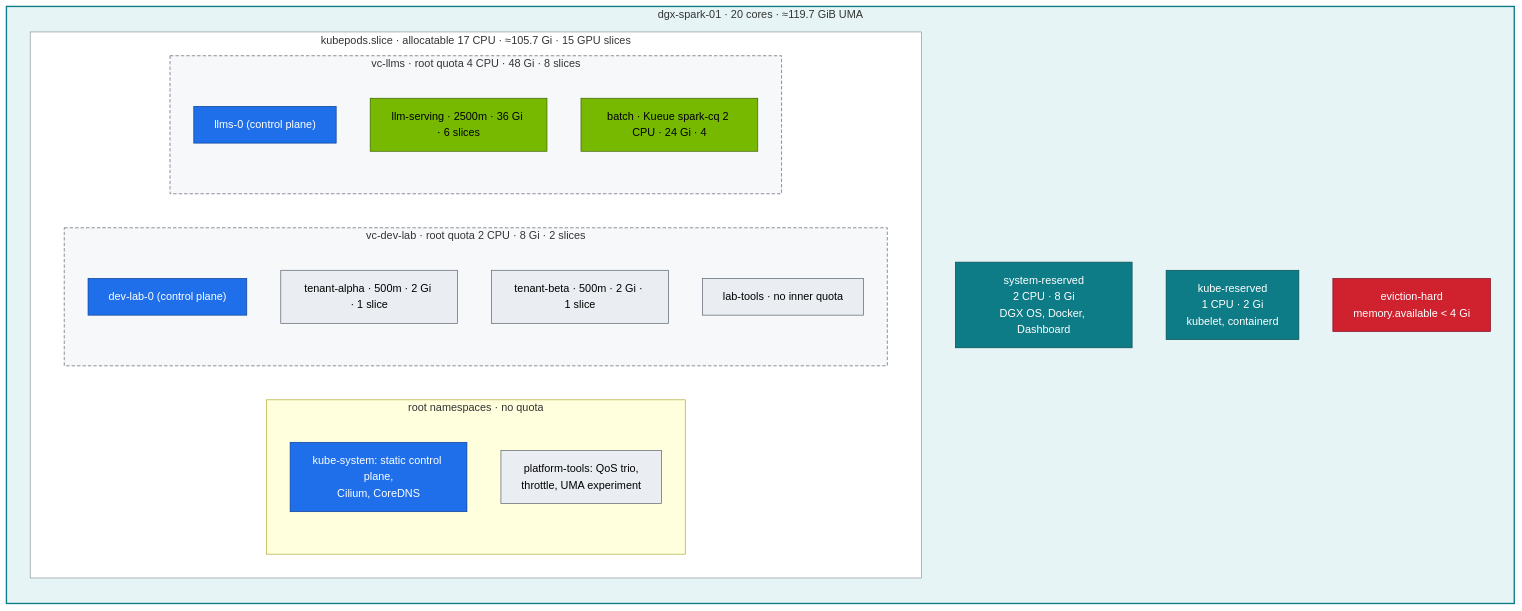
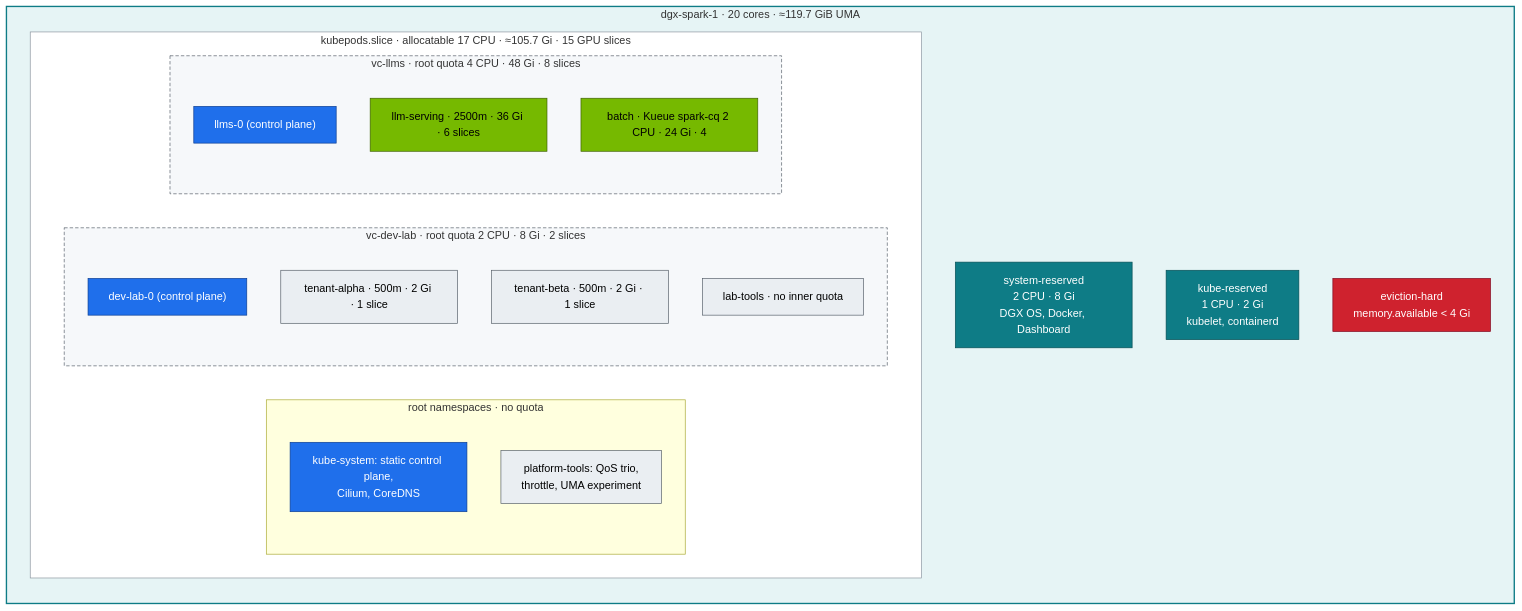
The diagram in 02 Kubernetes/12-multi-tenancy-resource-quotas-and-cgroups.md (cloudone365/technical-depth), drawn with Mermaid before and after one commit. The commit also changed other lines of this file and 91 other files, not shown here.

First line of the commit message:
Rename the Spark hosts to dgx-spark-1 / dgx-spark-2

````diff
--- a/02 Kubernetes/12-multi-tenancy-resource-quotas-and-cgroups.md
+++ b/02 Kubernetes/12-multi-tenancy-resource-quotas-and-cgroups.md
@@ -33,43 +33,43 @@
 ```mermaid
 flowchart TB
-  subgraph NODE["dgx-spark-01 · 20 cores · ≈119.7 GiB UMA"]
+  subgraph NODE["dgx-spark-1 · 20 cores · ≈119.7 GiB UMA"]
     direction TB
     SR["system-reserved<br/>2 CPU · 8 Gi<br/>DGX OS, Docker, Dashboard"]
     KR["kube-reserved<br/>1 CPU · 2 Gi<br/>kubelet, containerd"]
     EV["eviction-hard<br/>memory.available &lt; 4 Gi"]
     subgraph KP["kubepods.slice · allocatable 17 CPU · ≈105.7 Gi · 15 GPU slices"]
       direction LR
       subgraph RT["root namespaces · no quota"]
         CPL["kube-system: static control plane,<br/>Cilium, CoreDNS"]
         PT["platform-tools: QoS trio,<br/>throttle, UMA experiment"]
       end
       subgraph VD["vc-dev-lab · root quota 2 CPU · 8 Gi · 2 slices"]
         direction TB
         DCP["dev-lab-0 (control plane)"]
         TA["tenant-alpha · 500m · 2 Gi · 1 slice"]
         TB["tenant-beta · 500m · 2 Gi · 1 slice"]
         LT["lab-tools · no inner quota"]
       end
       subgraph VL["vc-llms · root quota 4 CPU · 48 Gi · 8 slices"]
         direction TB
         LCP["llms-0 (control plane)"]
         LS["llm-serving · 2500m · 36 Gi · 6 slices"]
         BQ["batch · Kueue spark-cq 2 CPU · 24 Gi · 4"]
       end
     end
   end
   classDef sec fill:#cf222e,stroke:#82071e,color:#fff
   classDef node fill:#0e7c86,stroke:#064e54,color:#fff
   classDef ctrl fill:#1f6feb,stroke:#0b3d91,color:#fff
   classDef gpu fill:#76b900,stroke:#3d6000,color:#000
   classDef tenant fill:#eaeef2,stroke:#57606a,color:#000
   class SR,KR node
   class EV sec
   class CPL,DCP,LCP ctrl
   class LS,BQ gpu
   class TA,TB,LT,PT tenant
   style NODE fill:#e6f4f5,stroke:#0e7c86,stroke-width:2px
   style KP fill:#ffffff,stroke:#8c959f
   style VD fill:#f6f8fa,stroke:#57606a,stroke-dasharray:5 3
   style VL fill:#f6f8fa,stroke:#57606a,stroke-dasharray:5 3
 ```
````
